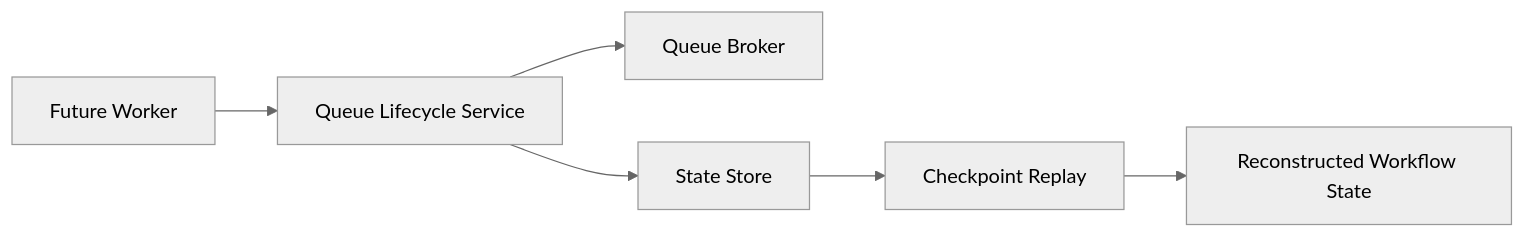
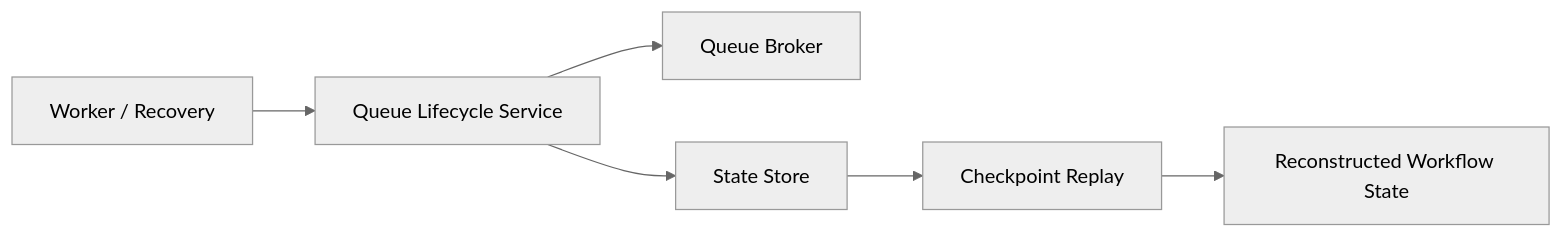
One commit to knishkarora/Ather-OS changed the diagram in docs/06_State_Management.md. Above: the diagram before and after it, drawn with Mermaid (neutral theme). The commit also changed other lines of this file and 16 other files, not shown here.

````diff
--- a/docs/06_State_Management.md
+++ b/docs/06_State_Management.md
@@ -36,8 +39,8 @@
 ```mermaid
 flowchart LR
-    Worker["Future Worker"] --> Lifecycle["Queue Lifecycle Service"]
+    Worker["Worker / Recovery"] --> Lifecycle["Queue Lifecycle Service"]
     Lifecycle --> Queue["Queue Broker"]
     Lifecycle --> StateStore["State Store"]
     StateStore --> Replay["Checkpoint Replay"]
     Replay --> WorkflowState["Reconstructed Workflow State"]
 ```
````
